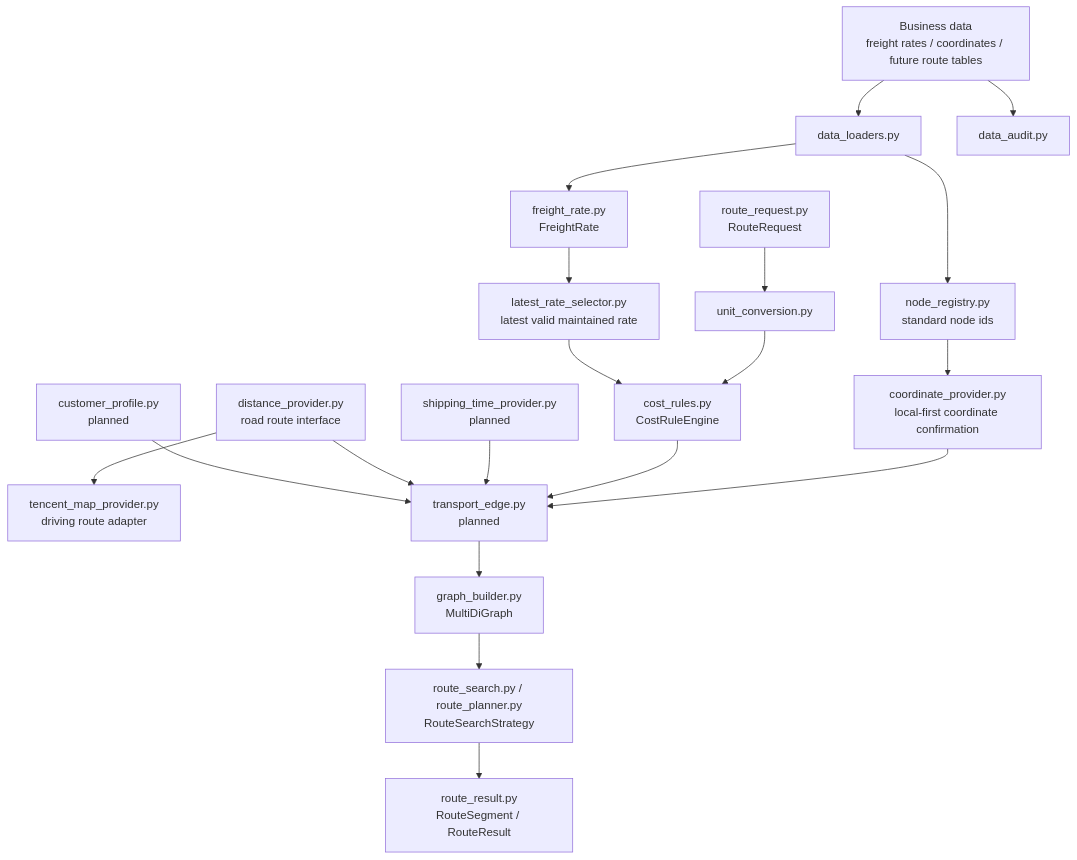
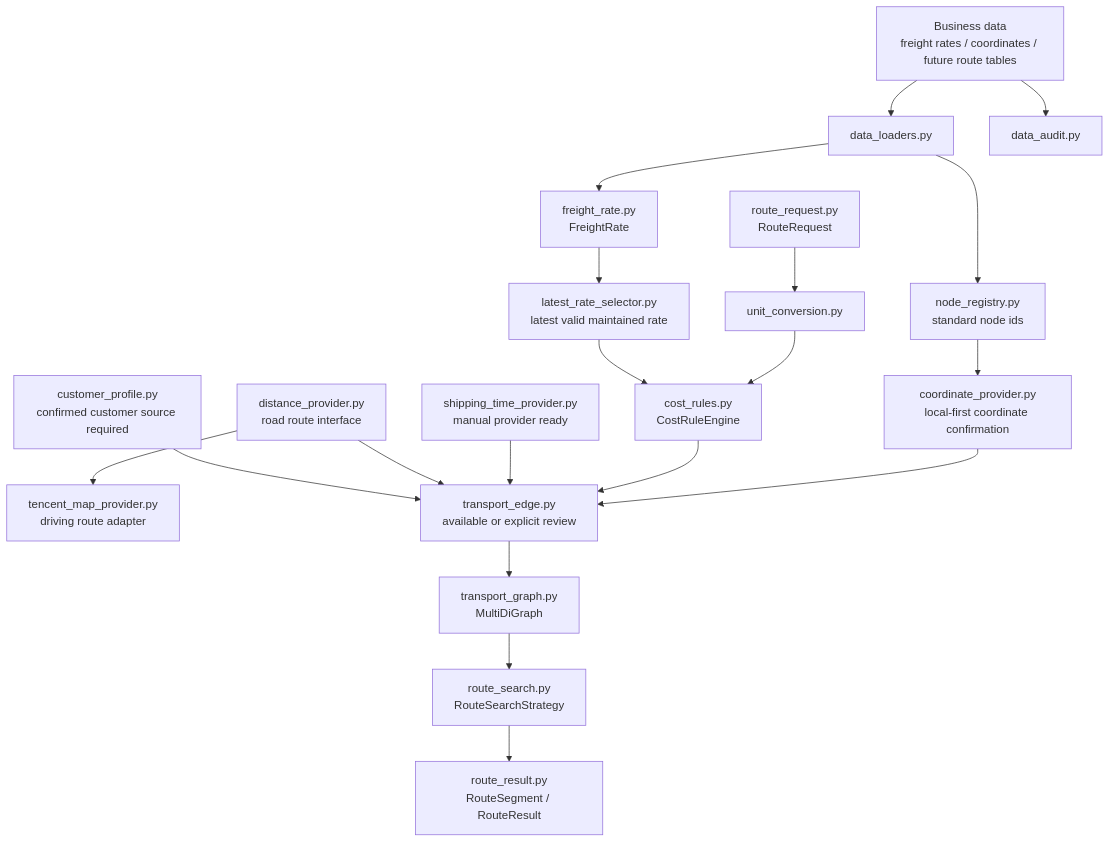
Before and after one commit to yumenou92-netizen/From-Port-to-Factory-A-Project-on-Transport-Route-Inference-Based-on-an-Open-Mapping-Platform: the second of 2 diagrams in docs/ARCHITECTURE.md, drawn with Mermaid. The commit also changed other lines of this file and 26 other files, not shown here.

````diff
--- a/docs/ARCHITECTURE.md
+++ b/docs/ARCHITECTURE.md
@@ -36,30 +50,30 @@
 ```mermaid
 flowchart TD
     A["Business data<br/>freight rates / coordinates / future route tables"] --> B["data_loaders.py"]
     A --> C["data_audit.py"]
 
     B --> D["node_registry.py<br/>standard node ids"]
     D --> D2["coordinate_provider.py<br/>local-first coordinate confirmation"]
     B --> E["freight_rate.py<br/>FreightRate"]
     E --> E2["latest_rate_selector.py<br/>latest valid maintained rate"]
 
     F["route_request.py<br/>RouteRequest"] --> G["unit_conversion.py"]
     G --> H["cost_rules.py<br/>CostRuleEngine"]
     E2 --> H
 
-    I["shipping_time_provider.py<br/>planned"]
+    I["shipping_time_provider.py<br/>manual provider ready"]
     J["distance_provider.py<br/>road route interface"]
     J2["tencent_map_provider.py<br/>driving route adapter"]
-    K["customer_profile.py<br/>planned"]
+    K["customer_profile.py<br/>confirmed customer source required"]
 
-    D2 --> L["transport_edge.py<br/>planned"]
+    D2 --> L["transport_edge.py<br/>available or explicit review"]
     H --> L
     I --> L
     J --> J2
     J --> L
     K --> L
 
-    L --> M["graph_builder.py<br/>MultiDiGraph"]
-    M --> N["route_search.py / route_planner.py<br/>RouteSearchStrategy"]
+    L --> M["transport_graph.py<br/>MultiDiGraph"]
+    M --> N["route_search.py<br/>RouteSearchStrategy"]
     N --> O["route_result.py<br/>RouteSegment / RouteResult"]
 ```
````
